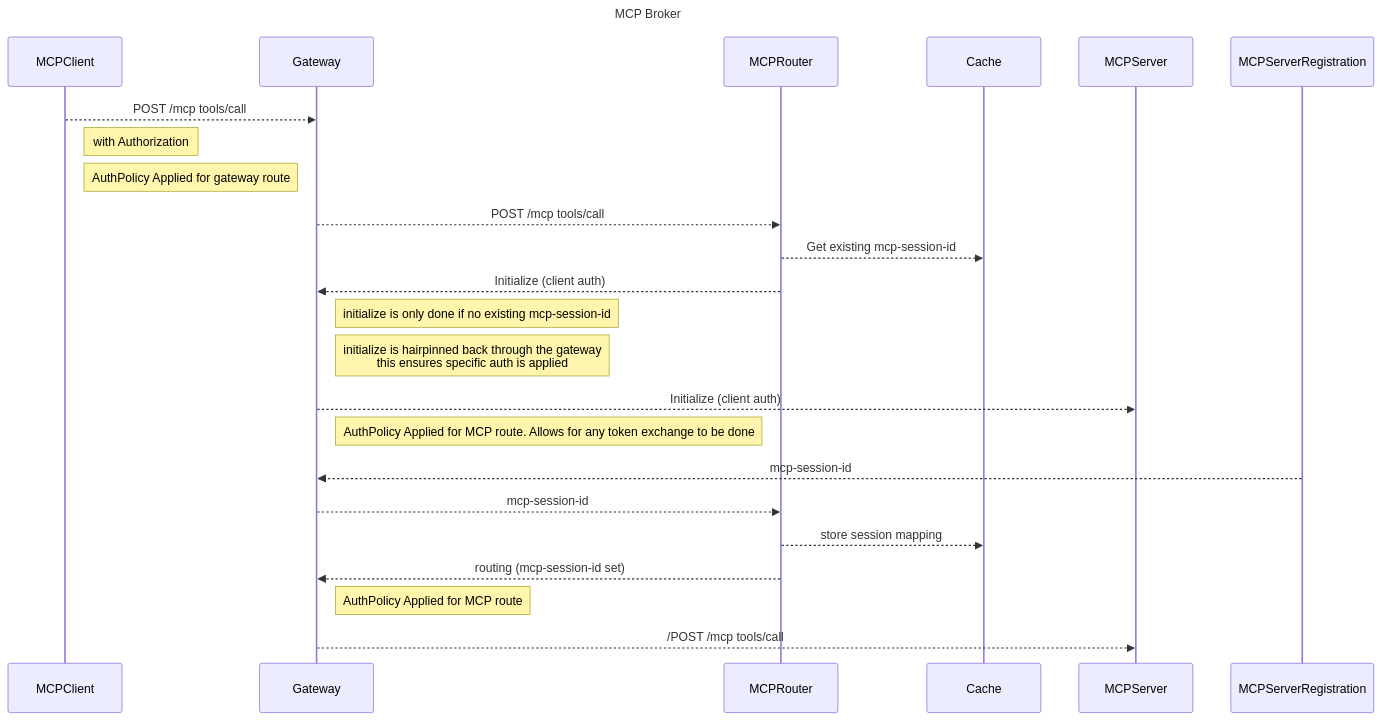
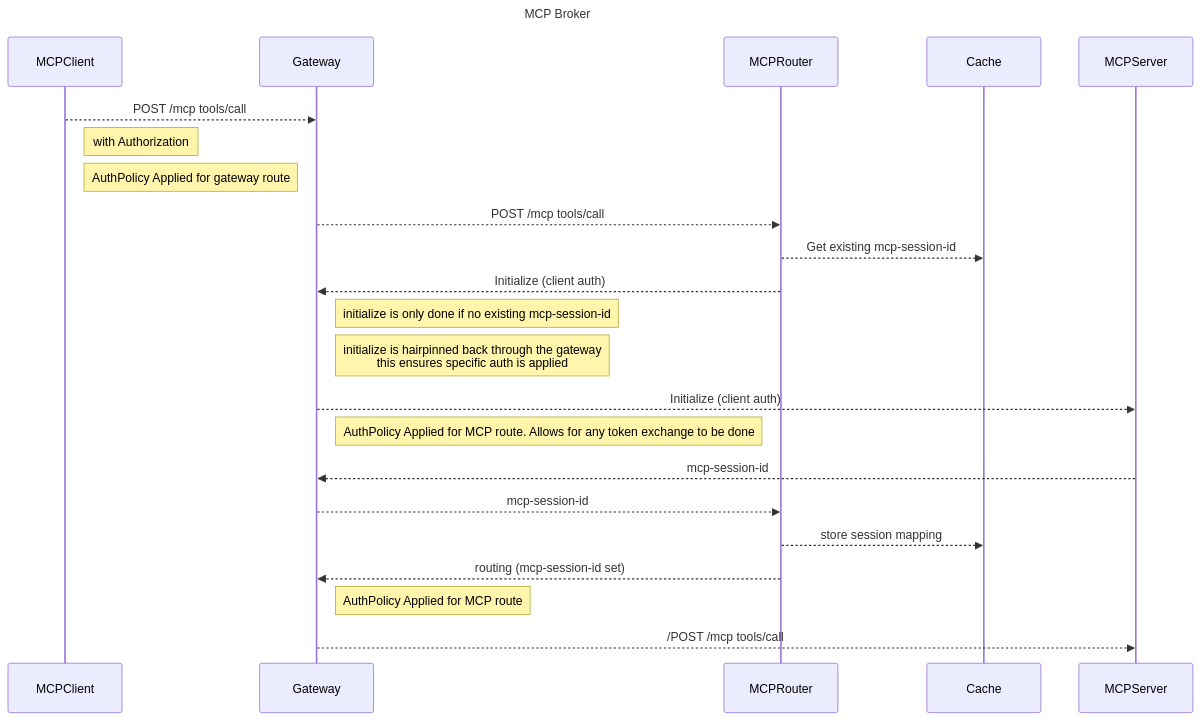
The third of 3 diagrams in docs/design/session-mgmt.md (Kuadrant/mcp-gateway), drawn with Mermaid before and after one commit. The commit also changed other lines of this file and 4 other files, not shown here.

````diff
--- a/docs/design/session-mgmt.md
+++ b/docs/design/session-mgmt.md
@@ -49,20 +49,20 @@
 ```mermaid
 sequenceDiagram
         title MCP Broker 
         MCPClient-->>Gateway: POST /mcp tools/call
         note right of MCPClient: with Authorization
         note right of MCPClient: AuthPolicy Applied for gateway route
         Gateway-->>MCPRouter: POST /mcp tools/call
         MCPRouter-->>Cache: Get existing mcp-session-id
         MCPRouter-->>Gateway: Initialize (client auth)
         note right of Gateway: initialize is only done if no existing mcp-session-id
         note right of Gateway: initialize is hairpinned back through the gateway<br/> this ensures specific auth is applied
         Gateway-->>MCPServer: Initialize (client auth)
         Note right of Gateway: AuthPolicy Applied for MCP route. Allows for any token exchange to be done
-        MCPServerRegistration-->>Gateway: mcp-session-id
+        MCPServer-->>Gateway: mcp-session-id
         Gateway-->>MCPRouter: mcp-session-id
         MCPRouter-->>Cache: store session mapping
         MCPRouter-->>Gateway: routing (mcp-session-id set)
         note right of Gateway: AuthPolicy Applied for MCP route 
         Gateway-->>MCPServer: /POST /mcp tools/call
 ```
````
